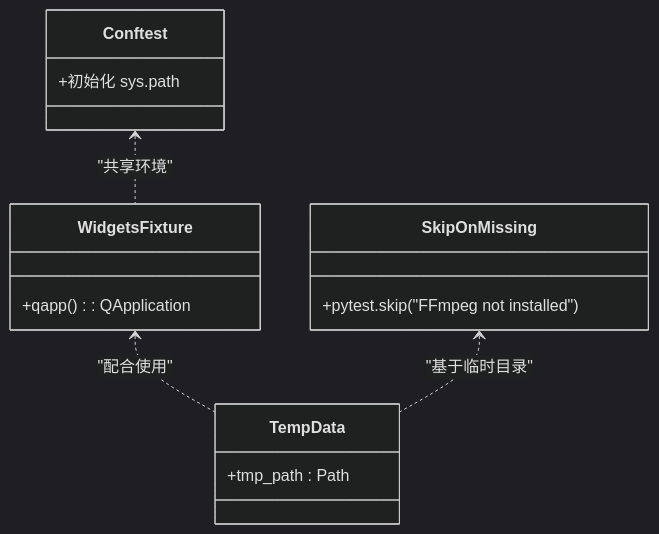
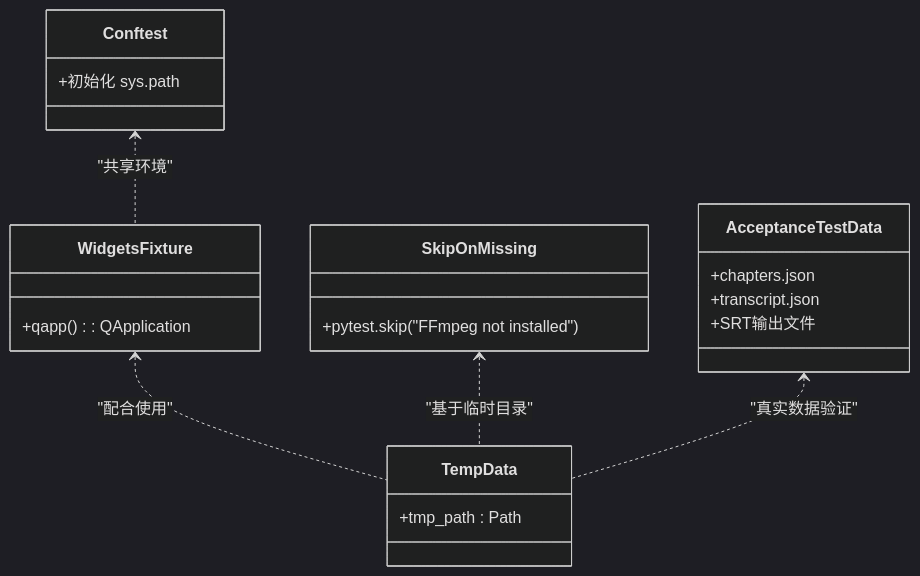
The fourth of 24 diagrams in .qoder/repowiki/zh/content/测试与质量保证/测试与质量保证.md (boyingliu01/VideoSplitter), drawn with Mermaid (dark theme) before and after one commit. The commit also changed other lines of this file and 59 other files, not shown here.

````diff
--- a/.qoder/repowiki/zh/content/测试与质量保证/测试与质量保证.md
+++ b/.qoder/repowiki/zh/content/测试与质量保证/测试与质量保证.md
@@ -197,18 +225,24 @@
 ```mermaid
 classDiagram
 class Conftest {
 +初始化 sys.path
 }
 class WidgetsFixture {
 +qapp() : QApplication
 }
 class TempData {
 +tmp_path : Path
 }
 class SkipOnMissing {
 +pytest.skip("FFmpeg not installed")
 }
+class AcceptanceTestData {
++chapters.json
++transcript.json
++SRT输出文件
+}
 Conftest <.. WidgetsFixture : "共享环境"
 WidgetsFixture <.. TempData : "配合使用"
 SkipOnMissing <.. TempData : "基于临时目录"
+AcceptanceTestData <.. TempData : "真实数据验证"
 ```
````
